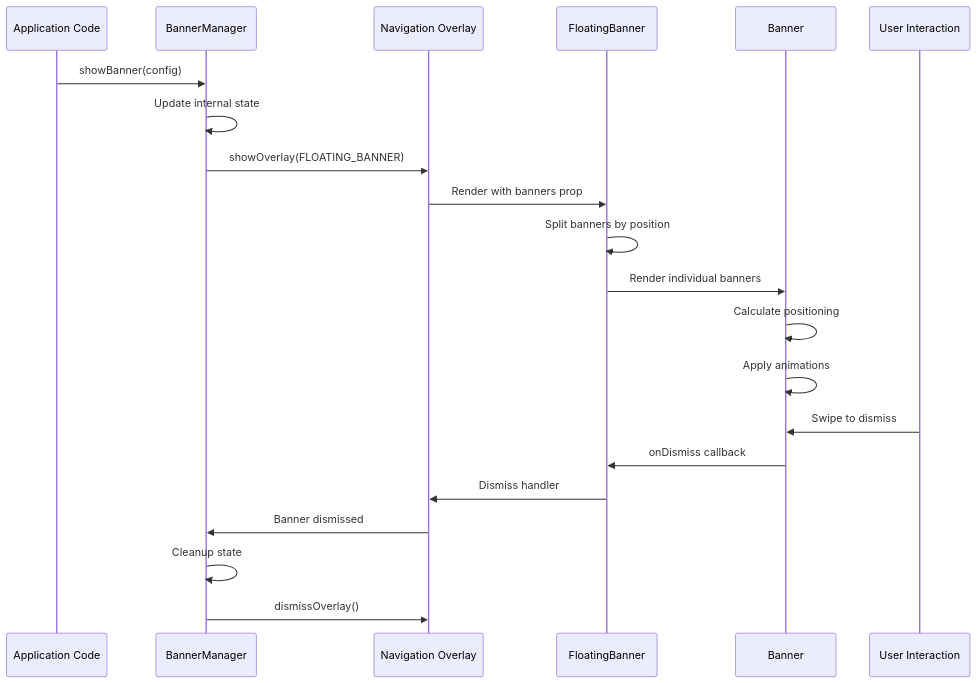
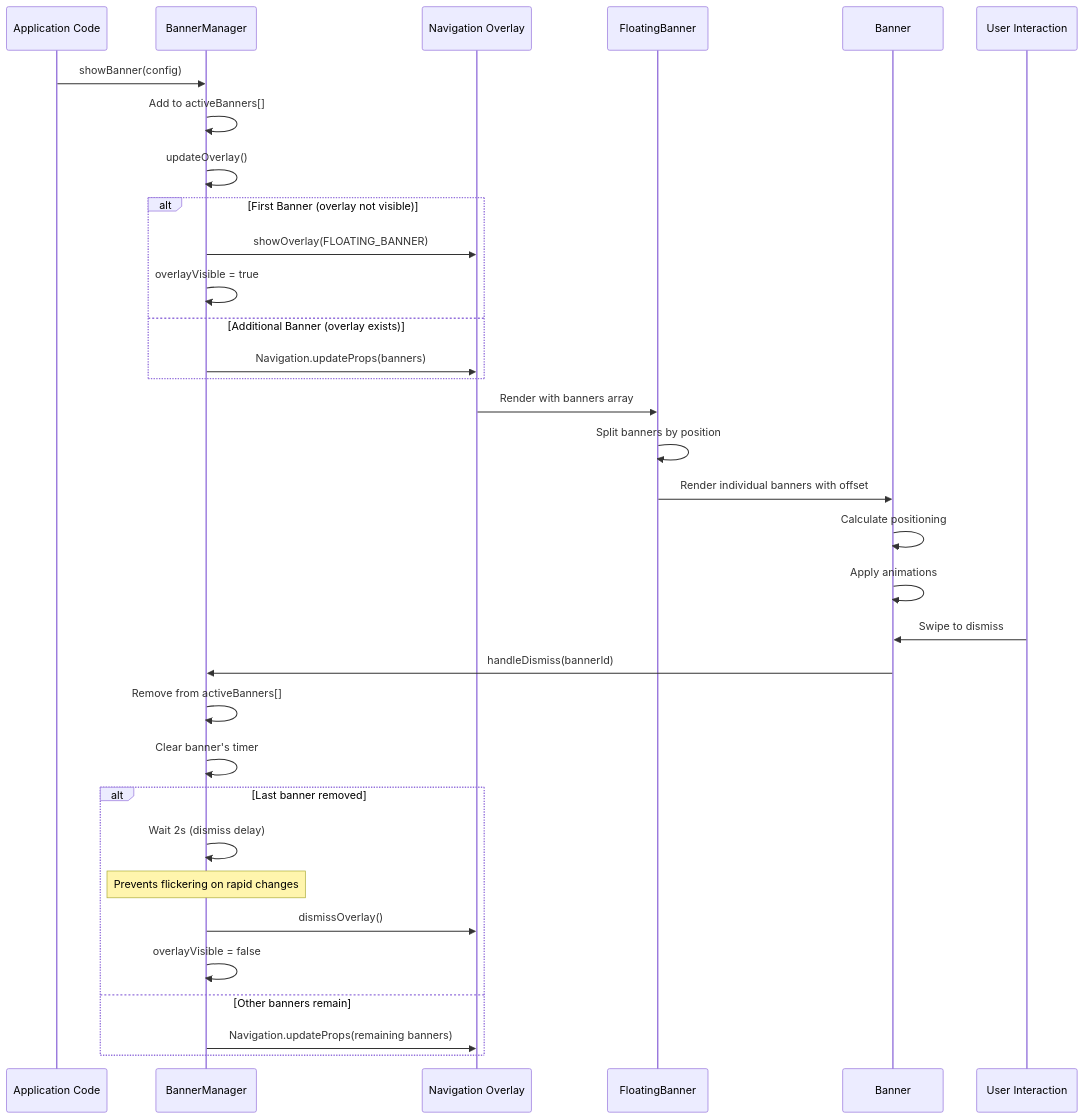
One commit to mattermost/mattermost-mobile changed the fifth of 7 diagrams in floating-banner.md. Above: the diagram before and after it, drawn with Mermaid. The commit also changed other lines of this file and 2 other files, not shown here.

Commit message:
dismissOverlay will be awaited * delay dismissing overlay so we don't have to show a new one all the time

````diff
--- a/floating-banner.md
+++ b/floating-banner.md
@@ -133,25 +135,40 @@
 ```mermaid
 sequenceDiagram
     participant App as Application Code
     participant BM as BannerManager
     participant Overlay as Navigation Overlay
     participant FB as FloatingBanner
     participant B as Banner
     participant User as User Interaction
     
     App->>BM: showBanner(config)
-    BM->>BM: Update internal state
-    BM->>Overlay: showOverlay(FLOATING_BANNER)
-    Overlay->>FB: Render with banners prop
+    BM->>BM: Add to activeBanners[]
+    BM->>BM: updateOverlay()
+    
+    alt First Banner (overlay not visible)
+        BM->>Overlay: showOverlay(FLOATING_BANNER)
+        BM->>BM: overlayVisible = true
+    else Additional Banner (overlay exists)
+        BM->>Overlay: Navigation.updateProps(banners)
+    end
+    
+    Overlay->>FB: Render with banners array
     FB->>FB: Split banners by position
-    FB->>B: Render individual banners
+    FB->>B: Render individual banners with offset
     B->>B: Calculate positioning
     B->>B: Apply animations
     
     User->>B: Swipe to dismiss
-    B->>FB: onDismiss callback
-    FB->>Overlay: Dismiss handler
-    Overlay->>BM: Banner dismissed
-    BM->>BM: Cleanup state
-    BM->>Overlay: dismissOverlay()
+    B->>BM: handleDismiss(bannerId)
+    BM->>BM: Remove from activeBanners[]
+    BM->>BM: Clear banner's timer
+    
+    alt Last banner removed
+        BM->>BM: Wait 2s (dismiss delay)
+        Note over BM: Prevents flickering on rapid changes
+        BM->>Overlay: dismissOverlay()
+        BM->>BM: overlayVisible = false
+    else Other banners remain
+        BM->>Overlay: Navigation.updateProps(remaining banners)
+    end
 ```
````
